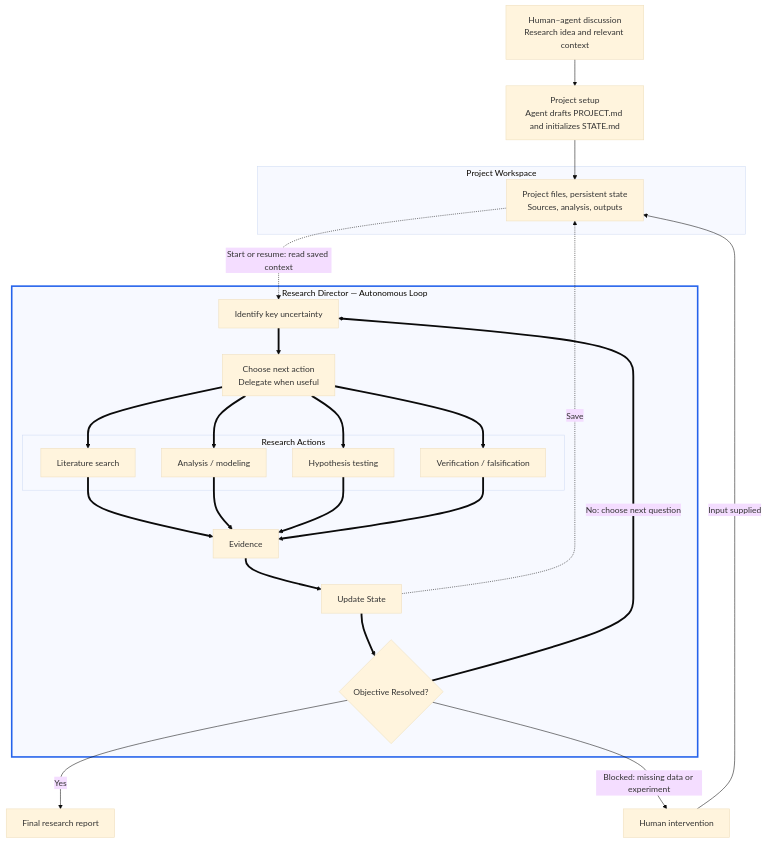
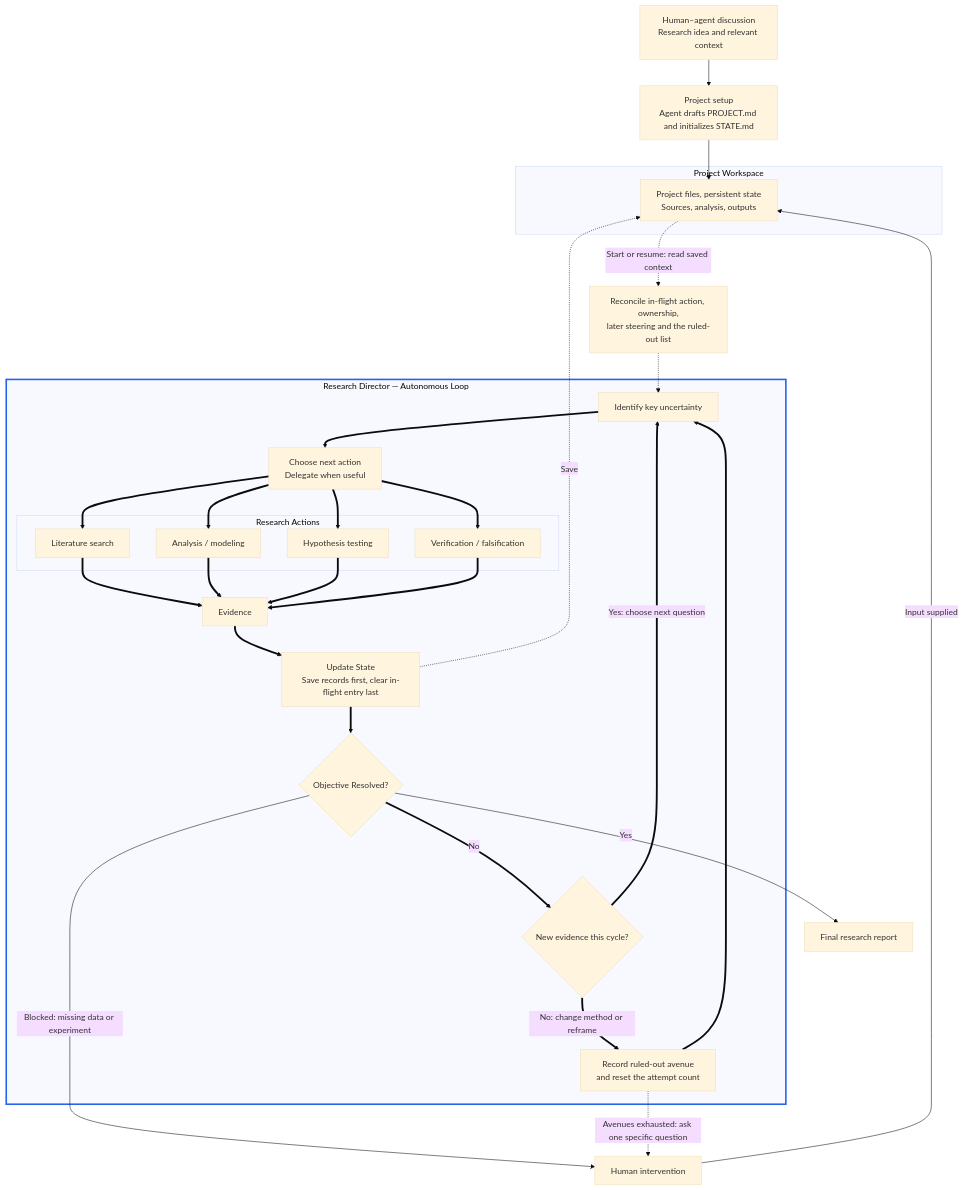
Before and after one commit to TungDoIt/agentic-research-template: the diagram in ARCHITECTURE.md, drawn with Mermaid (base theme). The commit also changed other lines of this file and 5 other files, not shown here.

````diff
--- a/ARCHITECTURE.md
+++ b/ARCHITECTURE.md
@@ -5,39 +5,44 @@
 ```mermaid
 flowchart TD
     Discussion["Human–agent discussion<br/>Research idea and relevant context"] --> Setup["Project setup<br/>Agent drafts PROJECT.md and initializes STATE.md"]
 
     subgraph Workspace["Project Workspace"]
         Files["Project files, persistent state<br/>Sources, analysis, outputs"]
     end
     Setup --> Files
 
     subgraph Director["Research Director — Autonomous Loop"]
         Uncertainty["Identify key uncertainty"] ==> Choose["Choose next action<br/>Delegate when useful"]
 
         subgraph Actions["Research Actions"]
             Search["Literature search"]
             Analyze["Analysis / modeling"]
             Test["Hypothesis testing"]
             Verify["Verification / falsification"]
         end
 
         Choose ==> Search
         Choose ==> Analyze
         Choose ==> Test
         Choose ==> Verify
         Search ==> Evidence["Evidence"]
         Analyze ==> Evidence
         Test ==> Evidence
         Verify ==> Evidence
-        Evidence ==> Update["Update State"] ==> Resolved{"Objective Resolved?"}
-        Resolved ==>|No: choose next question| Uncertainty
+        Evidence ==> Update["Update State<br/>Save records first, clear in-flight entry last"] ==> Resolved{"Objective Resolved?"}
+        Resolved ==>|No| Progress{"New evidence this cycle?"}
+        Progress ==>|Yes: choose next question| Uncertainty
+        Progress ==>|No: change method or reframe| RuledOut["Record ruled-out avenue<br/>and reset the attempt count"]
+        RuledOut ==> Uncertainty
     end
 
-    Files -.->|Start or resume: read saved context| Uncertainty
+    Files -.->|Start or resume: read saved context| Reconcile["Reconcile in-flight action, ownership,<br/>later steering and the ruled-out list"]
+    Reconcile -.-> Uncertainty
     Update -.->|Save| Files
     Resolved -->|Yes| Report["Final research report"]
     Resolved -->|Blocked: missing data or experiment| Intervention["Human intervention"]
+    RuledOut -.->|Avenues exhausted: ask one specific question| Intervention
     Intervention -->|Input supplied| Files
 
     style Director stroke:#2563eb,stroke-width:3px
 ```
````
